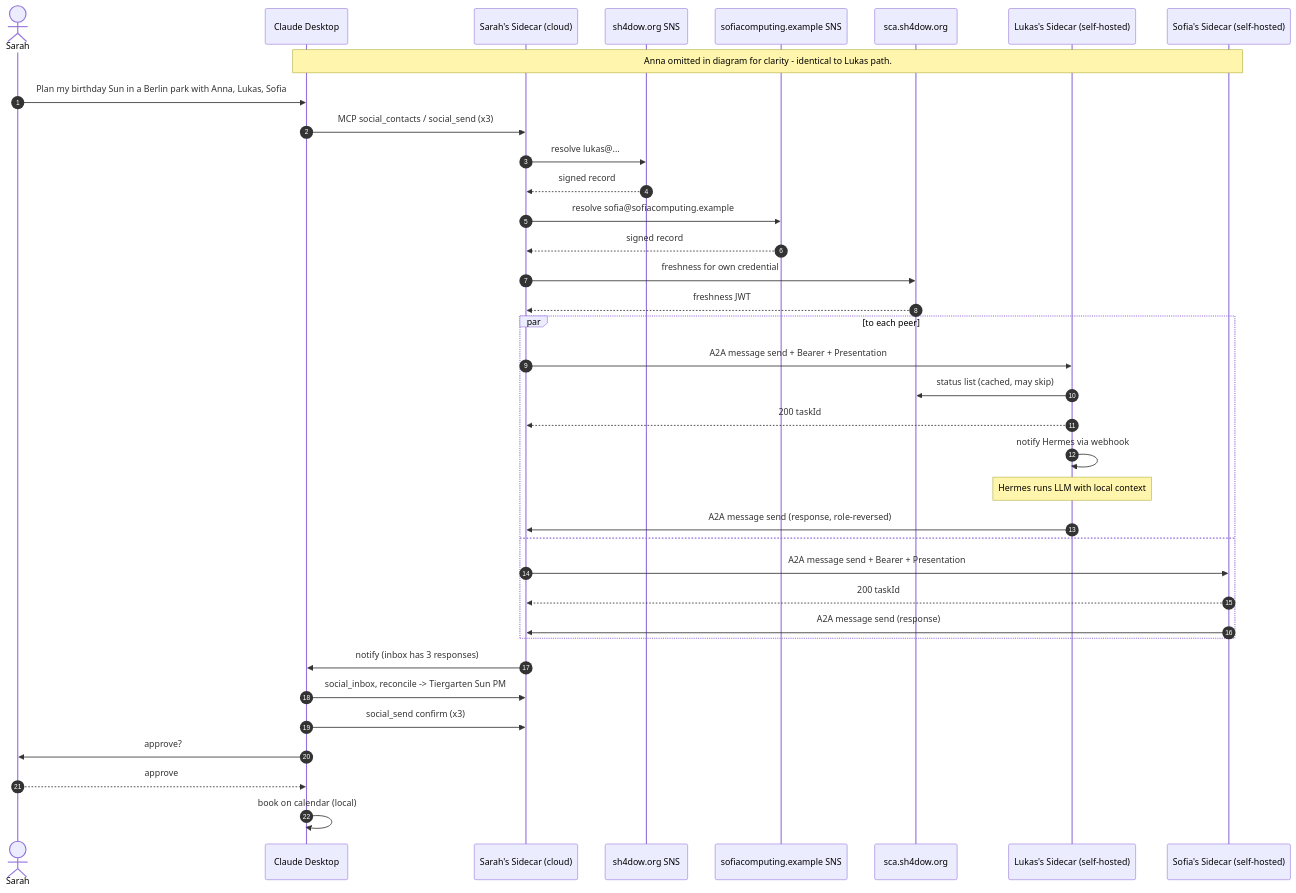
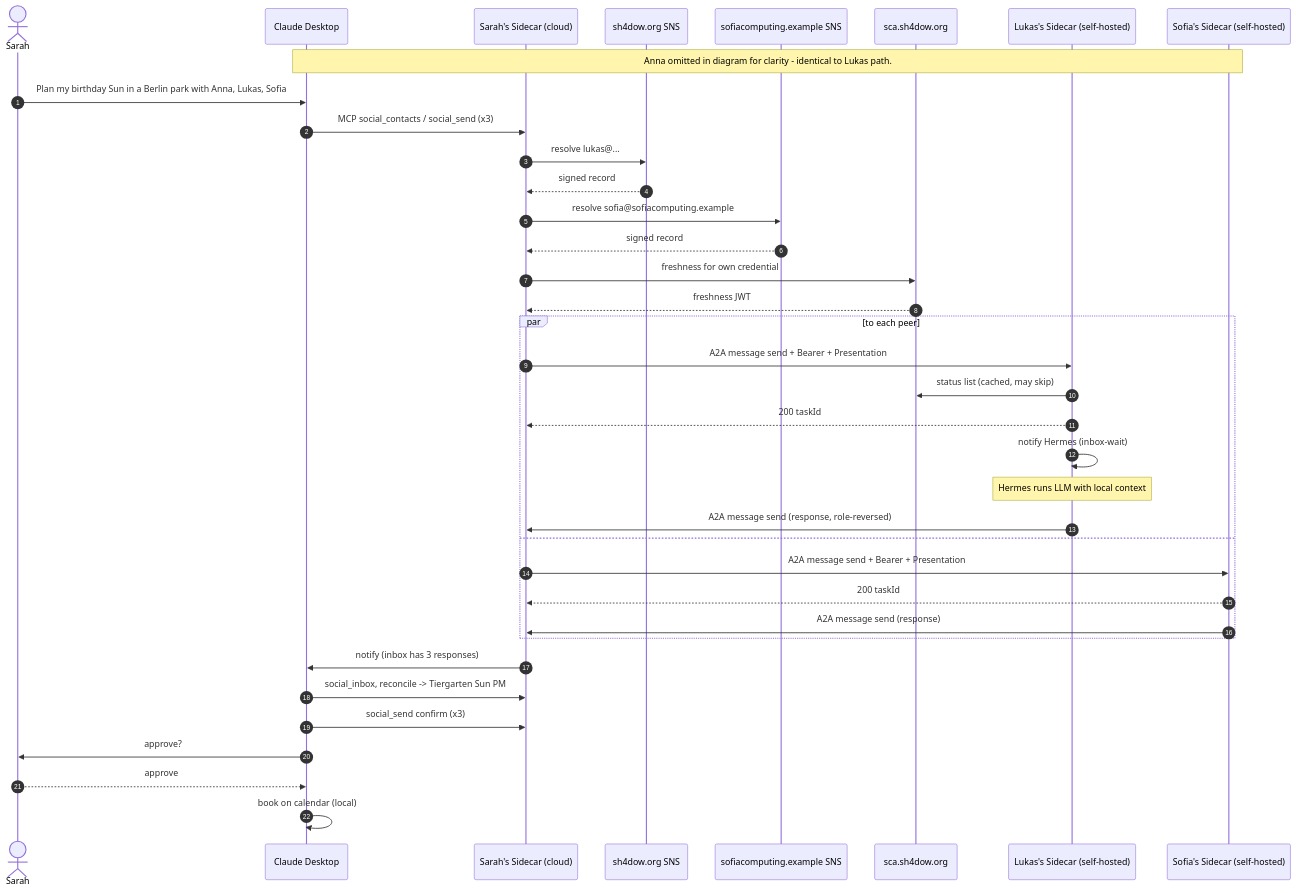
Before and after one commit to shadownet-protocol/shadownet-specs: the diagram in examples/birthday-flow.md, drawn with Mermaid. The commit also changed other lines of this file and 9 other files, not shown here.

````diff
--- a/examples/birthday-flow.md
+++ b/examples/birthday-flow.md
@@ -27,43 +27,43 @@
 ```mermaid
 sequenceDiagram
     autonumber
     actor Sarah
     participant CD as Claude Desktop
     participant SS as Sarah's Sidecar (cloud)
     participant SNS1 as sh4dow.org SNS
     participant SNS2 as sofiacomputing.example SNS
     participant SCA as sca.sh4dow.org
     participant LS as Lukas's Sidecar (self-hosted)
     participant SoS as Sofia's Sidecar (self-hosted)
 
     Note over CD,SoS: Anna omitted in diagram for clarity - identical to Lukas path.
 
     Sarah->>CD: Plan my birthday Sun in a Berlin park with Anna, Lukas, Sofia
     CD->>SS: MCP social_contacts / social_send (x3)
     SS->>SNS1: resolve lukas@...
     SNS1-->>SS: signed record
     SS->>SNS2: resolve sofia@sofiacomputing.example
     SNS2-->>SS: signed record
     SS->>SCA: freshness for own credential
     SCA-->>SS: freshness JWT
 
     par to each peer
         SS->>LS: A2A message send + Bearer + Presentation
         LS->>SCA: status list (cached, may skip)
         LS-->>SS: 200 taskId
-        LS->>LS: notify Hermes via webhook
+        LS->>LS: notify Hermes (inbox-wait)
         Note over LS: Hermes runs LLM with local context
         LS->>SS: A2A message send (response, role-reversed)
     and
         SS->>SoS: A2A message send + Bearer + Presentation
         SoS-->>SS: 200 taskId
         SoS->>SS: A2A message send (response)
     end
 
     SS->>CD: notify (inbox has 3 responses)
     CD->>SS: social_inbox, reconcile -> Tiergarten Sun PM
     CD->>SS: social_send confirm (x3)
     CD->>Sarah: approve?
     Sarah-->>CD: approve
     CD->>CD: book on calendar (local)
 ```
````
